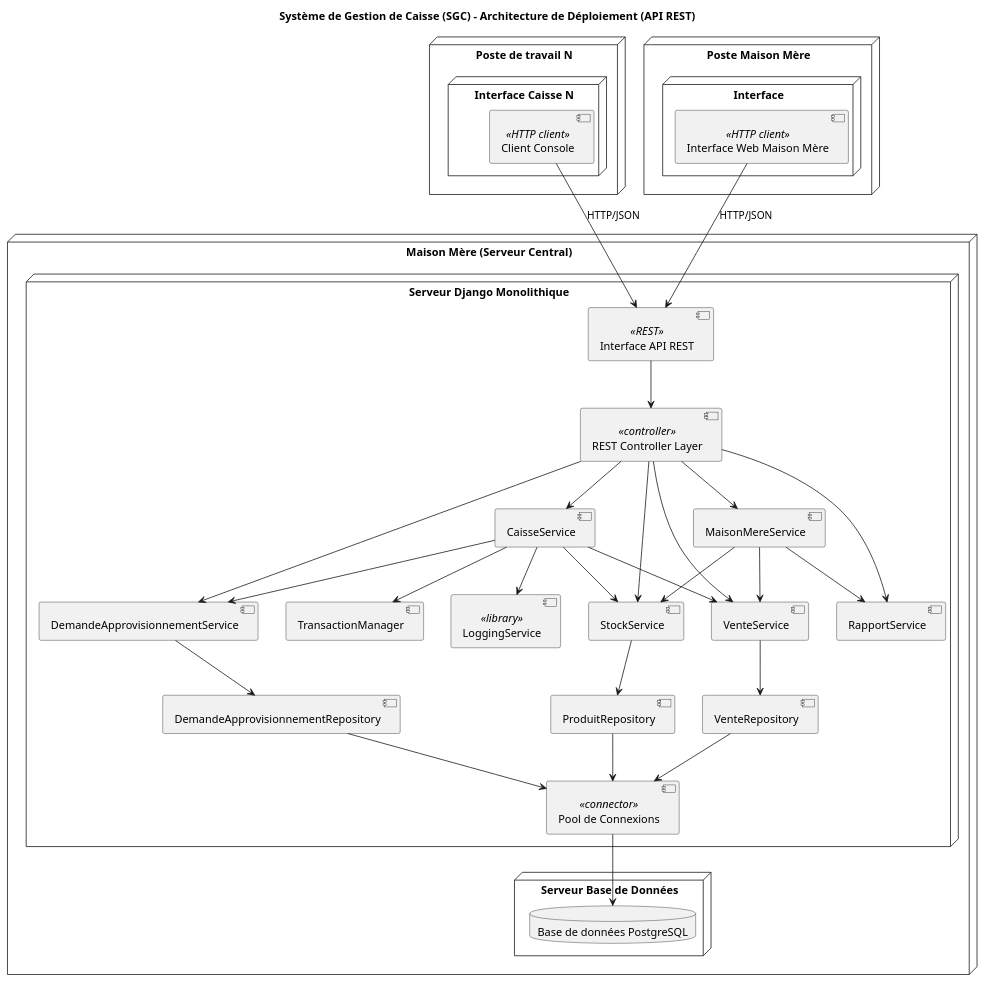
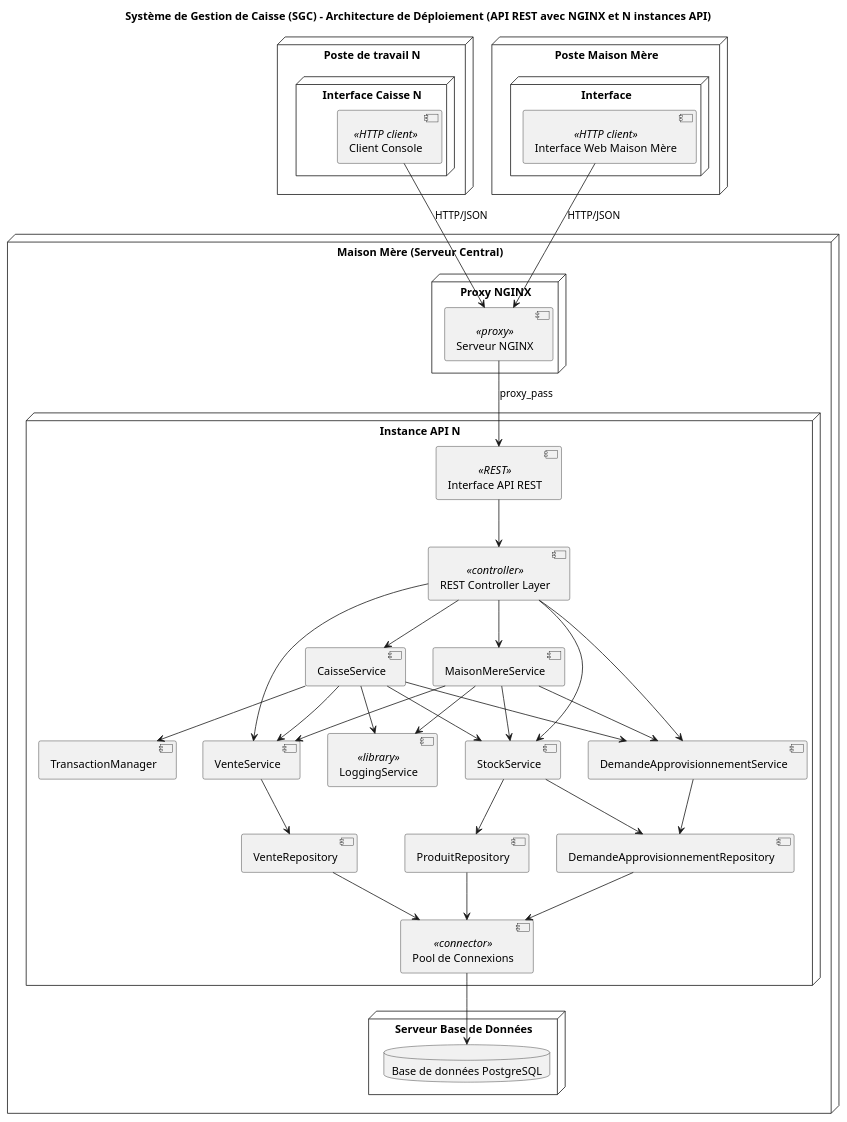
Before and after one commit to NathanGasseau/LOG430-01-Labo-04: the diagram in docs/UML/DiagrammeDeDeploiement/DD.puml, drawn with PlantUML. The commit also changed other lines of this file and 5 other files, not shown here.

```diff
--- a/docs/UML/DiagrammeDeDeploiement/DD.puml
+++ b/docs/UML/DiagrammeDeDeploiement/DD.puml
@@ -1,72 +1,77 @@
 @startuml SGC
 
-title Système de Gestion de Caisse (SGC) - Architecture de Déploiement (API REST)
+title Système de Gestion de Caisse (SGC) - Architecture de Déploiement (API REST avec NGINX et N instances API)
 
 node "Maison Mère (Serveur Central)" {
-  node "Serveur Django Monolithique" {
+
+  node "Proxy NGINX" {
+    component "Serveur NGINX" <<proxy>>
+  }
+
+  node "Instance API N" {
     component "Interface API REST" <<REST>>
     component "REST Controller Layer" <<controller>>
-
     component "CaisseService"
     component "MaisonMereService"
     component "StockService"
     component "VenteService"
     component "DemandeApprovisionnementService"
-    component "RapportService"
-
+    component "TransactionManager"
+    component "LoggingService" <<library>>
     component "ProduitRepository"
     component "VenteRepository"
     component "DemandeApprovisionnementRepository"
-    component "TransactionManager"
-    component "LoggingService" <<library>>
     component "Pool de Connexions" <<connector>>
   }
 
   node "Serveur Base de Données" {
     database "Base de données PostgreSQL" as DB
   }
 }
 
 node "Poste de travail N" {
   node "Interface Caisse N" {
     component "Client Console" <<HTTP client>>
   }
 }
 
 node "Poste Maison Mère" {
   node "Interface" {
     component "Interface Web Maison Mère" <<HTTP client>>
   }
 }
 
-"Client Console" --> "Interface API REST" : HTTP/JSON
-"Interface Web Maison Mère" --> "Interface API REST" : HTTP/JSON
+"Client Console" --> "Serveur NGINX" : HTTP/JSON
+"Interface Web Maison Mère" --> "Serveur NGINX" : HTTP/JSON
+
+"Serveur NGINX" --> "Interface API REST" : proxy_pass
 
 "Interface API REST" --> "REST Controller Layer"
 "REST Controller Layer" --> "CaisseService"
 "REST Controller Layer" --> "MaisonMereService"
 "REST Controller Layer" --> "StockService"
 "REST Controller Layer" --> "VenteService"
 "REST Controller Layer" --> "DemandeApprovisionnementService"
-"REST Controller Layer" --> "RapportService"
 
 "CaisseService" --> "StockService"
 "CaisseService" --> "VenteService"
 "CaisseService" --> "DemandeApprovisionnementService"
 "CaisseService" --> "TransactionManager"
 "CaisseService" --> "LoggingService"
 
 "MaisonMereService" --> "StockService"
 "MaisonMereService" --> "VenteService"
-"MaisonMereService" --> "RapportService"
+"MaisonMereService" --> "DemandeApprovisionnementService"
+"MaisonMereService" --> "LoggingService"
 
 "StockService" --> "ProduitRepository"
+"StockService" --> "DemandeApprovisionnementRepository"
 "VenteService" --> "VenteRepository"
 "DemandeApprovisionnementService" --> "DemandeApprovisionnementRepository"
 
 "ProduitRepository" --> "Pool de Connexions"
 "VenteRepository" --> "Pool de Connexions"
 "DemandeApprovisionnementRepository" --> "Pool de Connexions"
 "Pool de Connexions" --> DB
 
 @enduml
```
